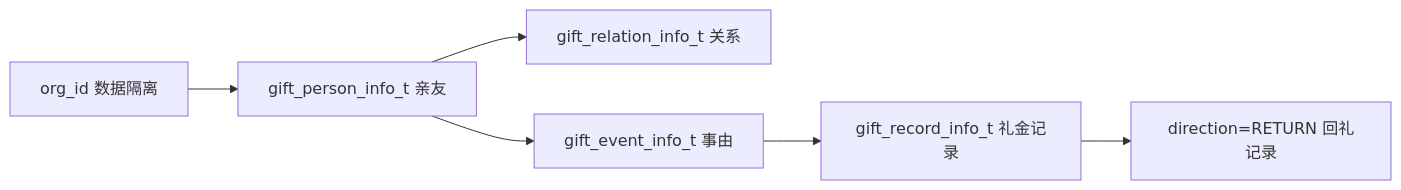
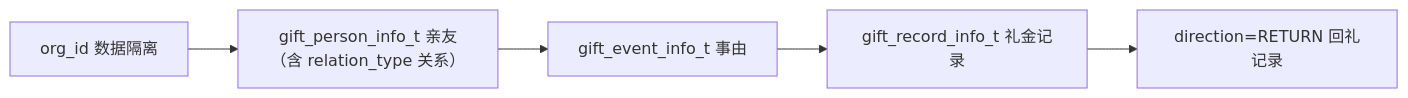
One commit to AlexhahahaDrag/alex_miaosha changed the fifth of 5 diagrams in doc/ARCHITECTURE.md. Above: the diagram before and after it, drawn with Mermaid. The commit also changed 37 other files, not shown here.

First line of the commit message:
refactor(gift): drop relation subdomain and push summary to SQL

````diff
--- a/doc/ARCHITECTURE.md
+++ b/doc/ARCHITECTURE.md
@@ -304,8 +304,7 @@
 ```mermaid
 flowchart LR
-    Org["org_id 数据隔离"] --> Person["gift_person_info_t 亲友"]
-    Person --> Relation["gift_relation_info_t 关系"]
+    Org["org_id 数据隔离"] --> Person["gift_person_info_t 亲友（含 relation_type 关系）"]
     Person --> Event["gift_event_info_t 事由"]
     Event --> Record["gift_record_info_t 礼金记录"]
     Record --> Return["direction=RETURN 回礼记录"]
 ```
````
